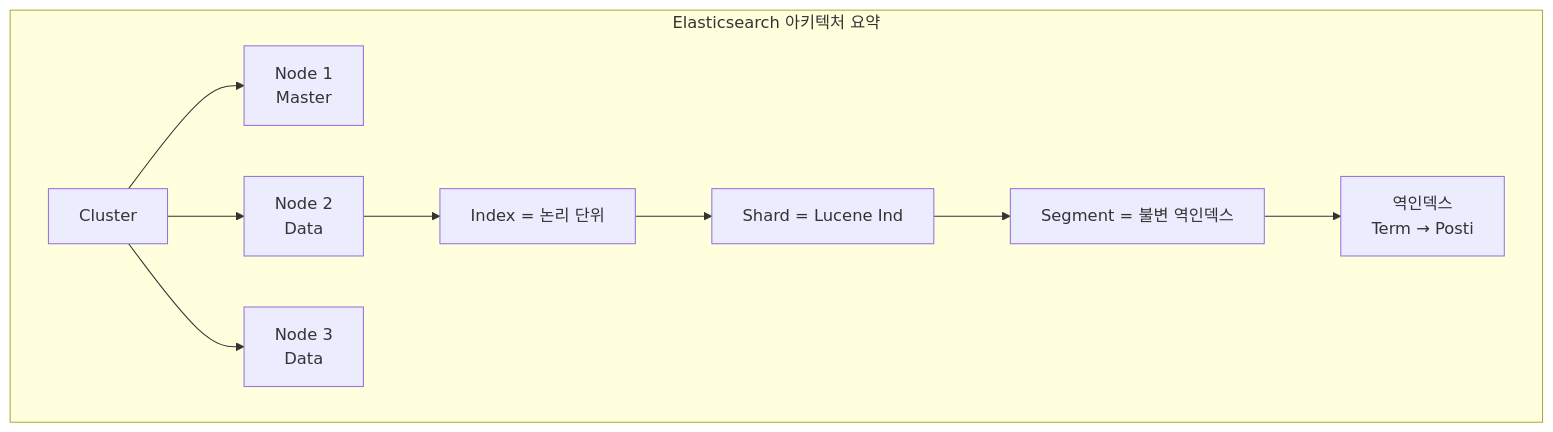
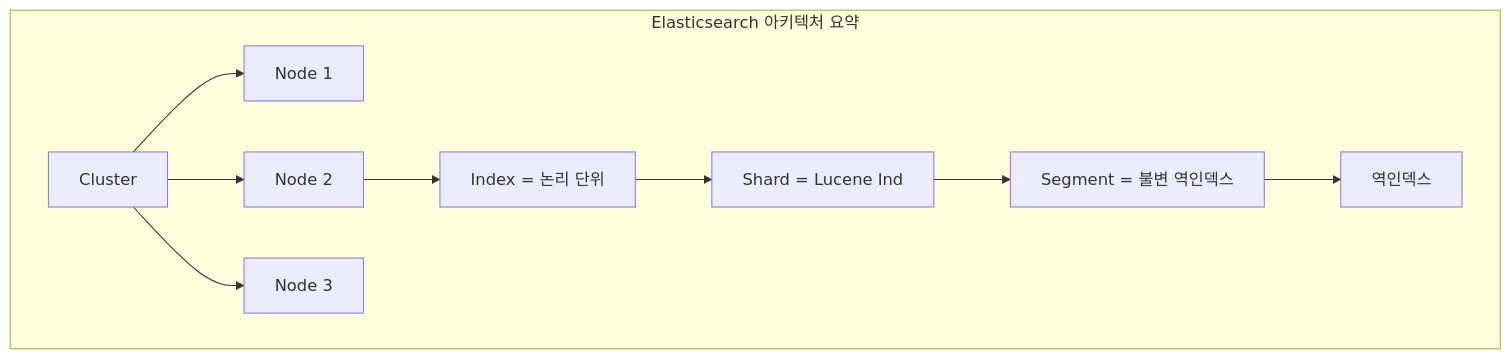
The seventh of 7 diagrams in _posts/nosql/2026-05-03-elasticsearch-deep.md (yjkim2015/yjkim2015.github.io), drawn with Mermaid before and after one commit. The commit also changed other lines of this file and 217 other files, not shown here.

First line of the commit message:
Mermaid 크기 수정: useMaxWidth:true + SVG max-width:100% + 라벨 축소

````diff
--- a/_posts/nosql/2026-05-03-elasticsearch-deep.md
+++ b/_posts/nosql/2026-05-03-elasticsearch-deep.md
@@ -666,13 +666,13 @@
 ```mermaid
 graph TB
     subgraph "Elasticsearch 아키텍처 요약"
         CL["Cluster"]
-        CL --> N1["Node 1\nMaster"]
-        CL --> N2["Node 2\nData"]
-        CL --> N3["Node 3\nData"]
+        CL --> N1["Node 1"]
+        CL --> N2["Node 2"]
+        CL --> N3["Node 3"]
         N2 --> IDX["Index = 논리 단위"]
         IDX --> SH["Shard = Lucene Ind"]
         SH --> SEG["Segment = 불변 역인덱스"]
-        SEG --> II["역인덱스\nTerm → Posti"]
+        SEG --> II["역인덱스"]
     end
 ```
````
